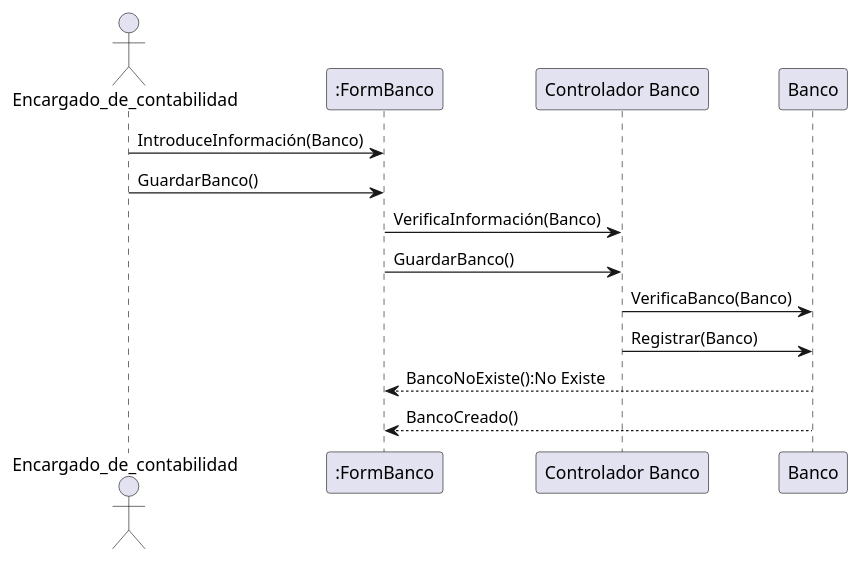
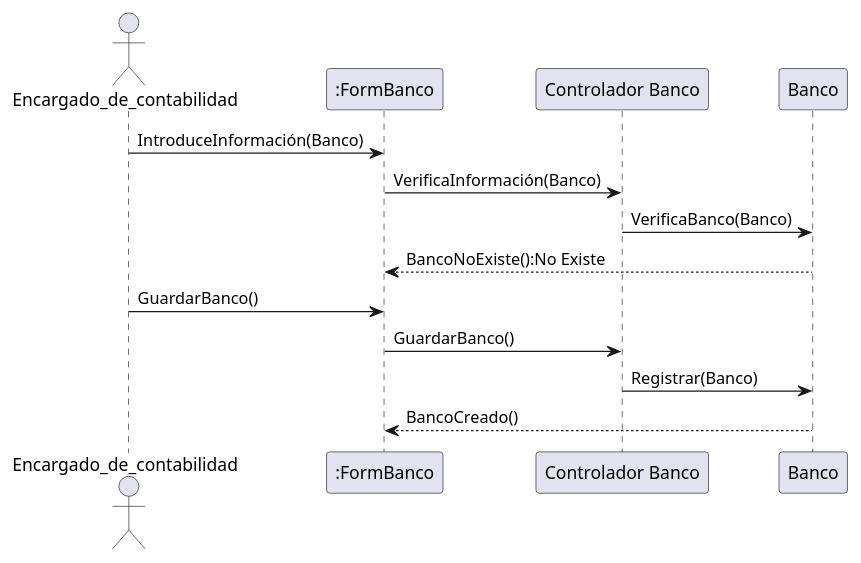
Before and after one commit to ricardoasinr/Sistemas-de-la-informacion: the diagram in Caso Balanceo/Diagrama de secuencia/10. Gestionar Banco.plantuml, drawn with PlantUML. The commit also changed 1 other file, not shown here.

Commit message:
Diagramas de secuencia 10 corregido

```diff
--- a/Caso Balanceo/Diagrama de secuencia/10. Gestionar Banco.plantuml
+++ b/Caso Balanceo/Diagrama de secuencia/10. Gestionar Banco.plantuml
@@ -1,21 +1,27 @@
 @startuml 10. Gestionar Banco
 
 actor Encargado_de_contabilidad
 
 
 Encargado_de_contabilidad -> ":FormBanco": IntroduceInformación(Banco)
 
-Encargado_de_contabilidad -> ":FormBanco": GuardarBanco() 
+
 
 ":FormBanco" -> "Controlador Banco": VerificaInformación(Banco)
-":FormBanco" -> "Controlador Banco": GuardarBanco() 
+
 
 "Controlador Banco" -> "Banco": VerificaBanco(Banco)
 
+"Banco"--> ":FormBanco" : BancoNoExiste():No Existe
+
+Encargado_de_contabilidad -> ":FormBanco": GuardarBanco() 
+":FormBanco" -> "Controlador Banco": GuardarBanco() 
+
 "Controlador Banco" -> "Banco": Registrar(Banco)
 
-"Banco"--> ":FormBanco" : BancoNoExiste():No Existe
 "Banco"--> ":FormBanco" : BancoCreado()
 
 
+
+
 @enduml
```
